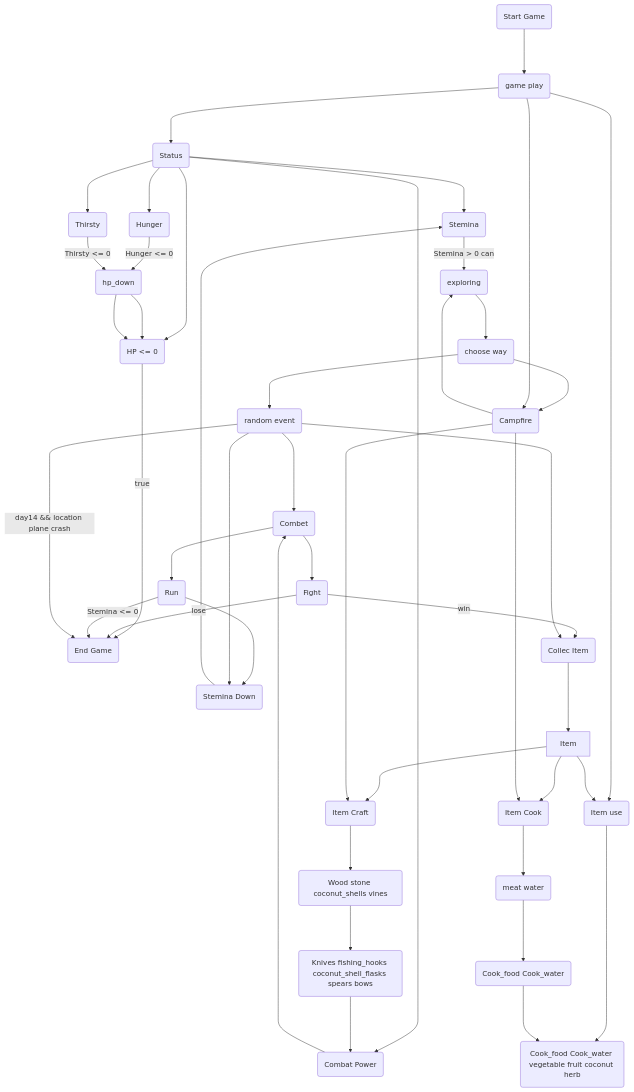
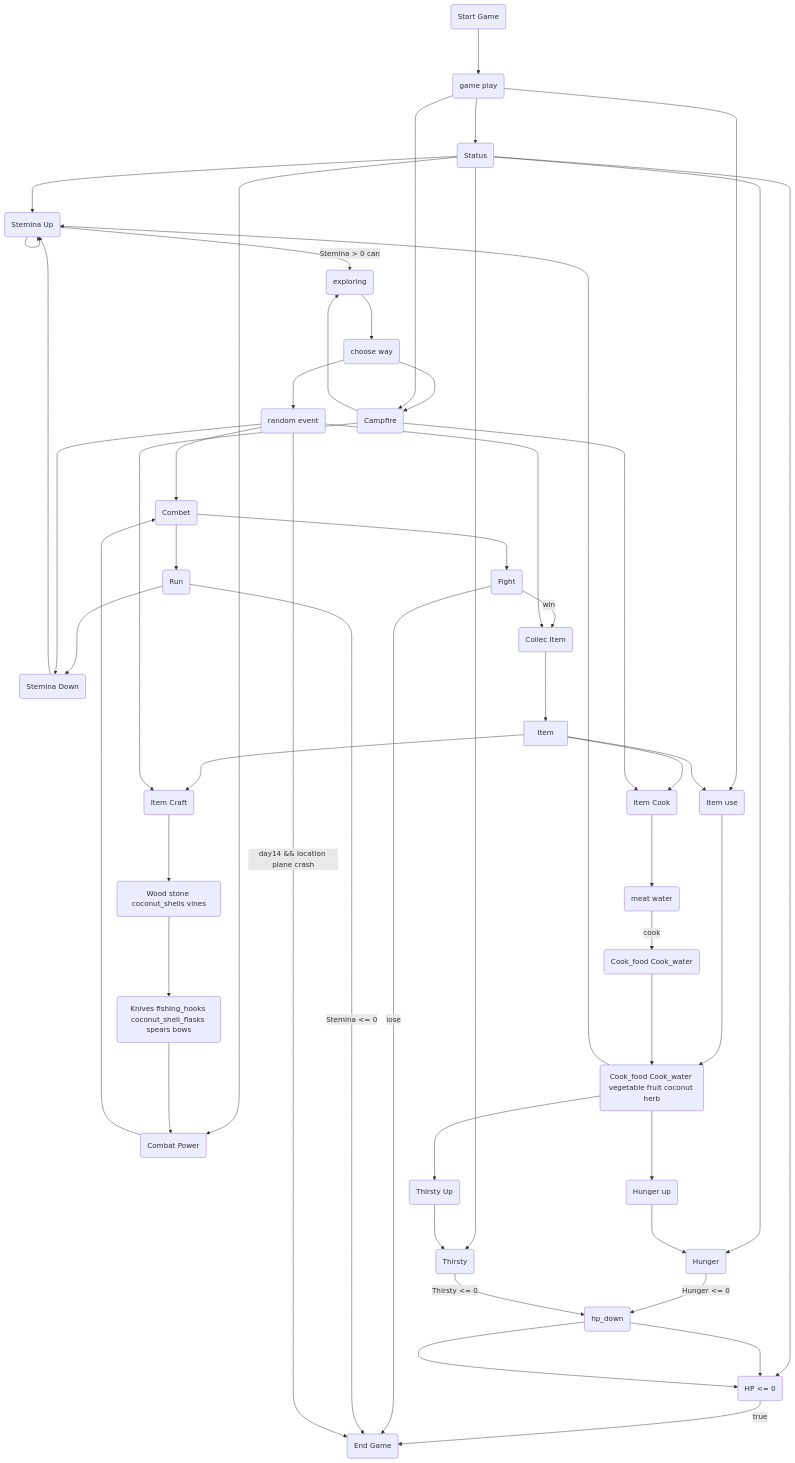
One commit to SSProgamer/C-Project changed the diagram in need me.md. Above: the diagram before and after it, drawn with Mermaid.

Commit message:
Update need me.md

````diff
--- a/need me.md
+++ b/need me.md
@@ -35,28 +35,30 @@
 ```mermaid
 flowchart TD
 start(Start Game) ---> ingame(game play)
 ingame ---> status(Status) --->hp
 status ---> Stemina(Stemina) -- Stemina > 0 can--> explore
 status ---> Hunger(Hunger) --Hunger <= 0--> hp_down(hp_down) ---> hp
 status ---> Thirsty(Thirsty) --Thirsty <= 0--> hp_down(hp_down) ---> hp
 status ---> combatpower(Combat Power) --> combet
 hp(HP <= 0) --true--> e(End Game)
 
 campfire ---> explore(exploring) ---> way(choose way) ---> event(random event)
 way ---> campfire
 event ----> combet(Combet)
 combet ---> fight(Fight) --win--> collectitem(Collec Item)
 fight(Fight) --lose--> e
 combet ---> run(Run) ---> Steminadown(Stemina Down) --> Stemina
 run(Run) --Stemina <= 0--> e
 event ---> Steminadown(Stemina Down)
 event --day14 && location plane crash--> e(End Game)
 event(random event) ----> collectitem(Collec Item) ---> Item
 ingame ---> Itemuse(Item use)
-Item ---> Itemuse ---> Itemuseable(Cook_food Cook_water vegetable fruit coconut herb)
+Item ---> Itemuse ---> Itemuseable(Cook_food Cook_water vegetable fruit coconut herb) --->Hungerup(Hunger up) ---> Hunger
+Itemuseable ---> Thirstyup(Thirsty Up) ---> Thirsty
+Itemuseable ---> Stemina(Stemina Up) ---> Stemina
 Item ---> Itemcraft(Item Craft) ---> Itemcraftable(Wood stone coconut_shells vines) ---> equipment(Knives fishing_hooks coconut_shell_flasks spears bows) ---> combatpower
-Item ---> Itemcook(Item Cook) ---> Itemcookable(meat water) ---> foodcook(Cook_food Cook_water) --->Itemuseable
+Item ---> Itemcook(Item Cook) ---> Itemcookable(meat water) --cook--> foodcook(Cook_food Cook_water) --->Itemuseable
 ingame ---> campfire(Campfire)
 campfire(Campfire) ---> Itemcraft(Item Craft)
 campfire(Campfire) ---> Itemcook(Item Cook)
 ```
````
